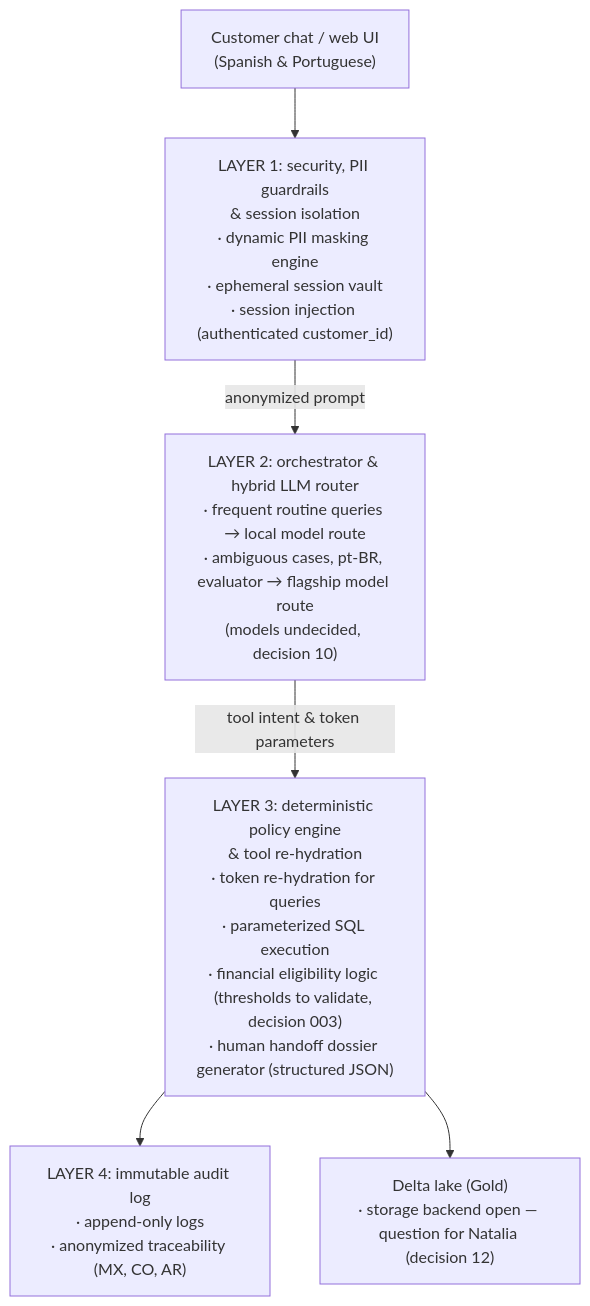
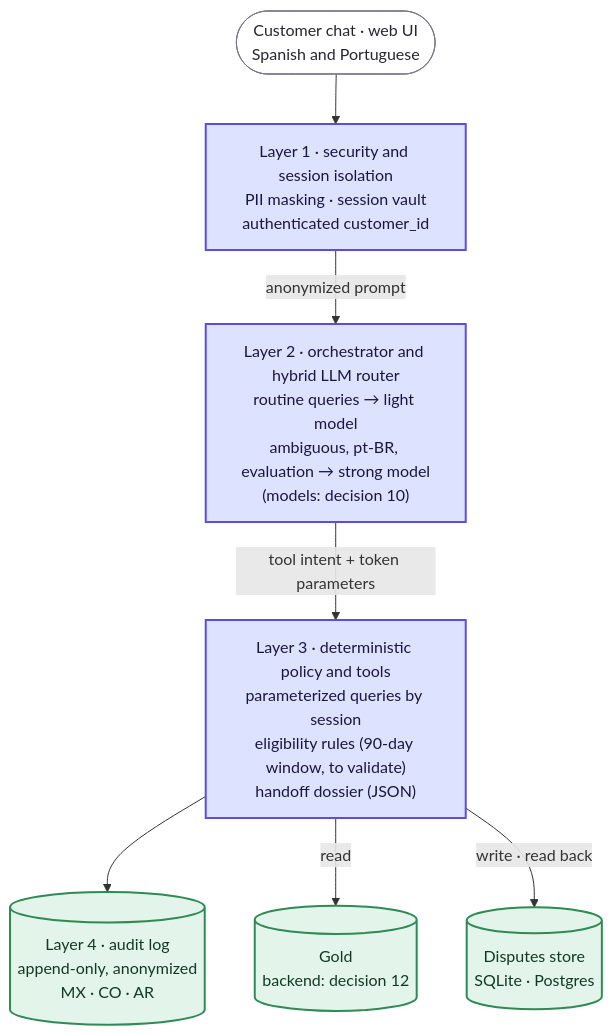
One commit to rdorta27/factored-hackathon-2026-sentinel-engine changed the third of 5 diagrams in docs/build/architecture-roadmap.md. Above: the diagram before and after it, drawn with Mermaid. The commit also changed other lines of this file and 1 other file, not shown here.

First line of the commit message:
docs: redraw the architecture and roadmap diagrams with one visual language

````diff
--- a/docs/build/architecture-roadmap.md
+++ b/docs/build/architecture-roadmap.md
@@ -58,8 +75,19 @@
 ```mermaid
 flowchart TD
-    ui["Customer chat / web UI<br/>(Spanish & Portuguese)"] --> l1["LAYER 1: security, PII guardrails<br/>& session isolation<br/>· dynamic PII masking engine<br/>· ephemeral session vault<br/>· session injection (authenticated customer_id)"]
-    l1 -- "anonymized prompt" --> l2["LAYER 2: orchestrator & hybrid LLM router<br/>· frequent routine queries → local model route<br/>· ambiguous cases, pt-BR, evaluator → flagship model route<br/>(models undecided, decision 10)"]
-    l2 -- "tool intent & token parameters" --> l3["LAYER 3: deterministic policy engine<br/>& tool re-hydration<br/>· token re-hydration for queries<br/>· parameterized SQL execution<br/>· financial eligibility logic (thresholds to validate, decision 003)<br/>· human handoff dossier generator (structured JSON)"]
-    l3 --> l4a["LAYER 4: immutable audit log<br/>· append-only logs<br/>· anonymized traceability (MX, CO, AR)"]
-    l3 --> l4b["Delta lake (Gold)<br/>· storage backend open — question for Natalia (decision 12)"]
+    ui(["Customer chat · web UI<br/>Spanish and Portuguese"]) --> l1
+    l1["Layer 1 · security and session isolation<br/>PII masking · session vault<br/>authenticated customer_id"] -- "anonymized prompt" --> l2
+    l2["Layer 2 · orchestrator and hybrid LLM router<br/>routine queries → light model<br/>ambiguous, pt-BR, evaluation → strong model<br/>(models: decision 10)"] -- "tool intent + token parameters" --> l3
+    l3["Layer 3 · deterministic policy and tools<br/>parameterized queries by session<br/>eligibility rules (90-day window, to validate)<br/>handoff dossier (JSON)"]
+    l3 --> l4[("Layer 4 · audit log<br/>append-only, anonymized<br/>MX · CO · AR")]
+    l3 -- "read" --> gold[("Gold<br/>backend: decision 12")]
+    l3 -- "write · read back" --> disputes[("Disputes store<br/>SQLite · Postgres")]
+
+    classDef real fill:#dde3ff,stroke:#5b4fd6,stroke-width:2px,color:#1b1640
+    classDef mock fill:#ffe9c7,stroke:#c77d12,stroke-width:2px,stroke-dasharray:6 4,color:#3a2a00
+    classDef store fill:#e3f4ea,stroke:#2f8a55,stroke-width:2px,color:#123a22
+    classDef proposed fill:#f1f1f4,stroke:#77778a,stroke-width:2px,stroke-dasharray:4 3,color:#26262f
+    classDef ext fill:#ffffff,stroke:#77778a,stroke-width:1px,color:#26262f
+    class ui ext
+    class l1,l2,l3 real
+    class l4,gold,disputes store
 ```
````
